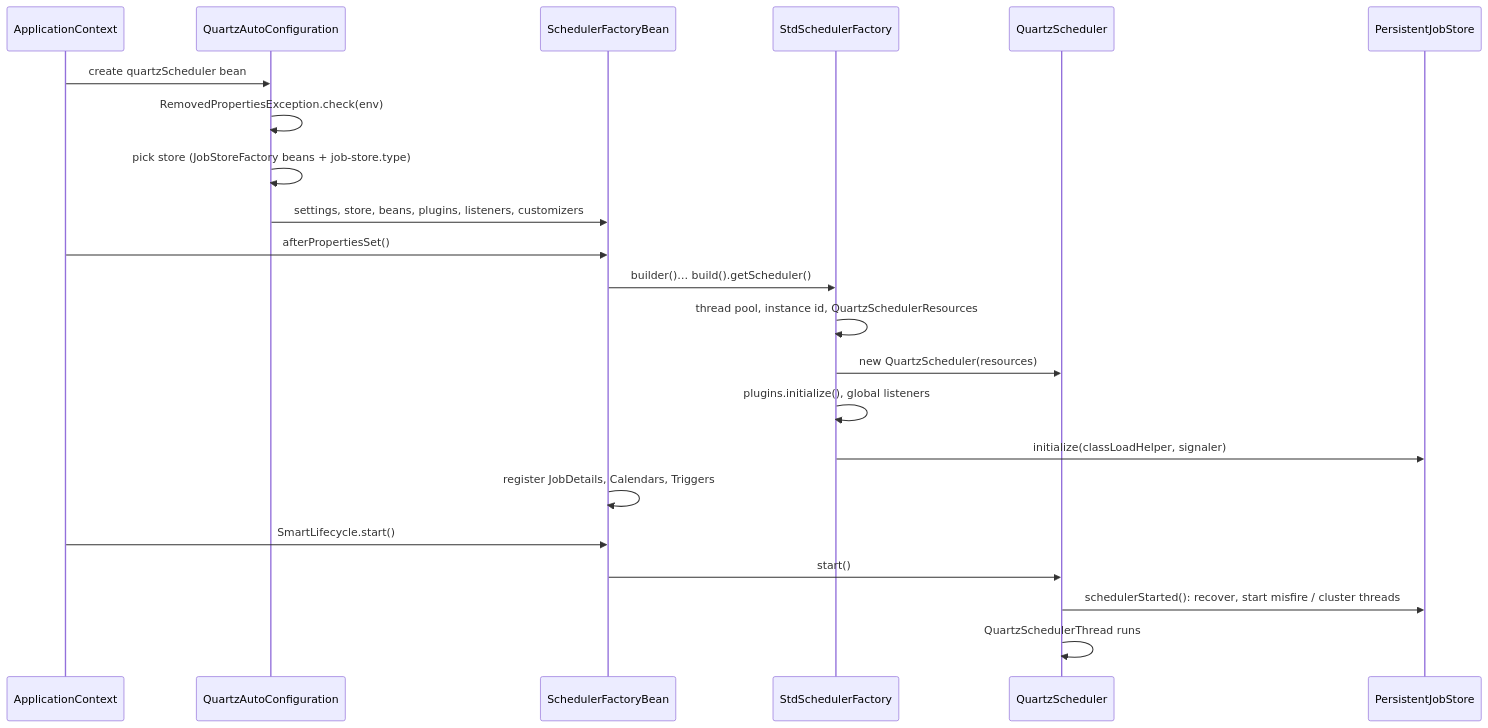
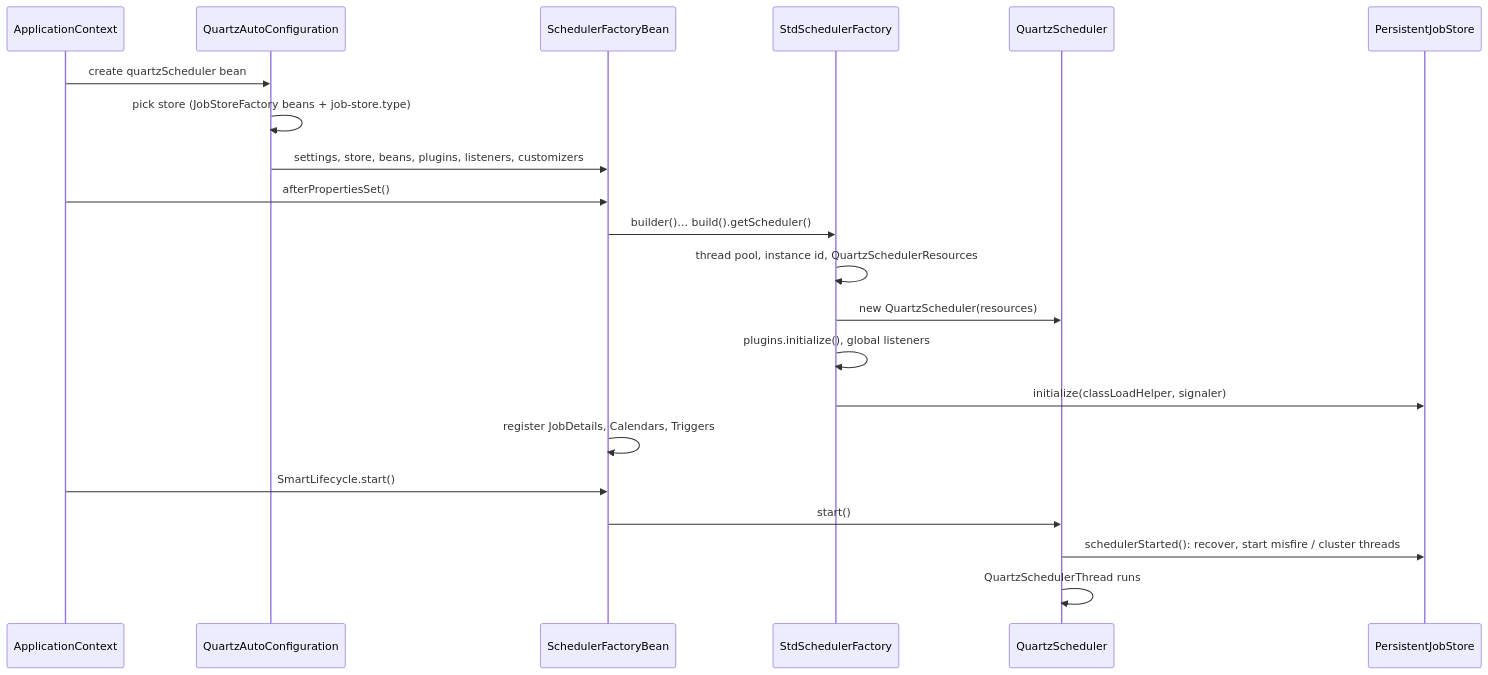
The second of 6 diagrams in DEVELOPER_GUIDE.md (officiallysingh/spring-boot-quartz-scheduler), drawn with Mermaid before and after one commit. The commit also changed other lines of this file and 164 other files, not shown here.

````diff
--- a/DEVELOPER_GUIDE.md
+++ b/DEVELOPER_GUIDE.md
@@ -140,25 +140,24 @@
 ```mermaid
 sequenceDiagram
   participant Ctx as ApplicationContext
   participant AC as QuartzAutoConfiguration
   participant SFB as SchedulerFactoryBean
   participant F as StdSchedulerFactory
   participant QS as QuartzScheduler
   participant JS as PersistentJobStore
 
   Ctx->>AC: create quartzScheduler bean
-  AC->>AC: RemovedPropertiesException.check(env)
   AC->>AC: pick store (JobStoreFactory beans + job-store.type)
   AC->>SFB: settings, store, beans, plugins, listeners, customizers
   Ctx->>SFB: afterPropertiesSet()
   SFB->>F: builder()… build().getScheduler()
   F->>F: thread pool, instance id, QuartzSchedulerResources
   F->>QS: new QuartzScheduler(resources)
   F->>F: plugins.initialize(), global listeners
   F->>JS: initialize(classLoadHelper, signaler)
   SFB->>SFB: register JobDetails, Calendars, Triggers
   Ctx->>SFB: SmartLifecycle.start()
   SFB->>QS: start()
   QS->>JS: schedulerStarted(): recover, start misfire / cluster threads
   QS->>QS: QuartzSchedulerThread runs
 ```
````
